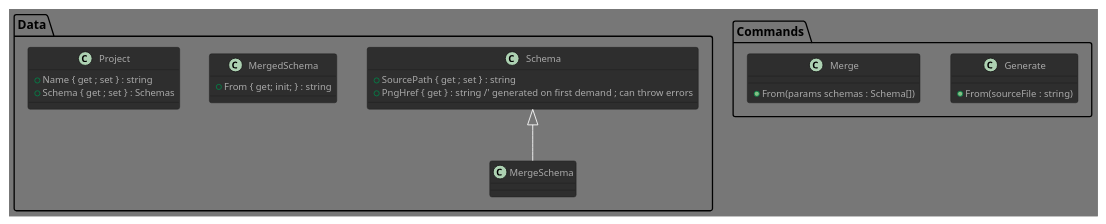
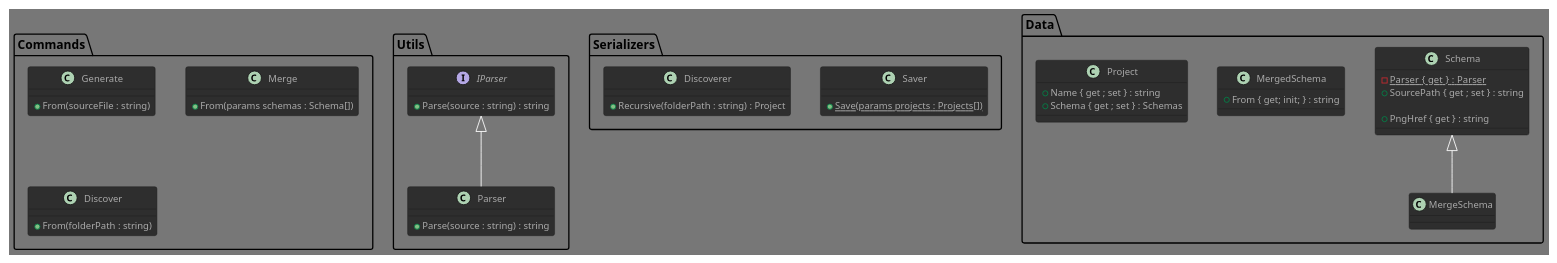
The diagram in PumlSchemasManager/lib.puml (GlazKrovi/PumlPlaner), drawn with PlantUML before and after one commit. The commit also changed 2 other files, not shown here.

Commit message:
plan discoverer

```diff
--- a/PumlSchemasManager/lib.puml
+++ b/PumlSchemasManager/lib.puml
@@ -1,34 +1,67 @@
 @startuml PumlSchemasManager
 
 !theme reddress-darkgreen
 
+package Utils {
+    interface IParser {
+    ' return png path
+    + Parse(source : string) : string
+  }
+
+   IParser <|-- Parser
+  class Parser {
+    + Parse(source : string) : string  
+  }
+}
+
+package Serializers {
+    class Saver {
+        + {static} Save(params projects : Projects[])
+      }
+
+    class Discoverer {
+        + Recursive(folderPath : string) : Project
+    }
+}
+
+
 package Data {
   class Schema {
+    - {static} Parser { get }  : Parser
     + SourcePath { get ; set } : string
-    + PngHref { get } : string /' generated on first demand ; can throw errors
+
+    ' generated on first demand ; can throw errors
+    + PngHref { get } : string
   }
 
    Schema <|-- MergeSchema
   class MergedSchema  {
     + From { get; init; } : string
   }
 
   class Project {
     + Name { get ; set } : string
     + Schema { get ; set } : Schemas
   }
+
+
 }
 
 package Commands {
     class Generate {
         + From(sourceFile : string)
     }
 
     class Merge {
         + From(params schemas : Schema[])
     }
+
+    class Discover {
+     ' and save into projects list
+        + From(folderPath : string)
+    }
 }
 
 
 
 @enduml
```
